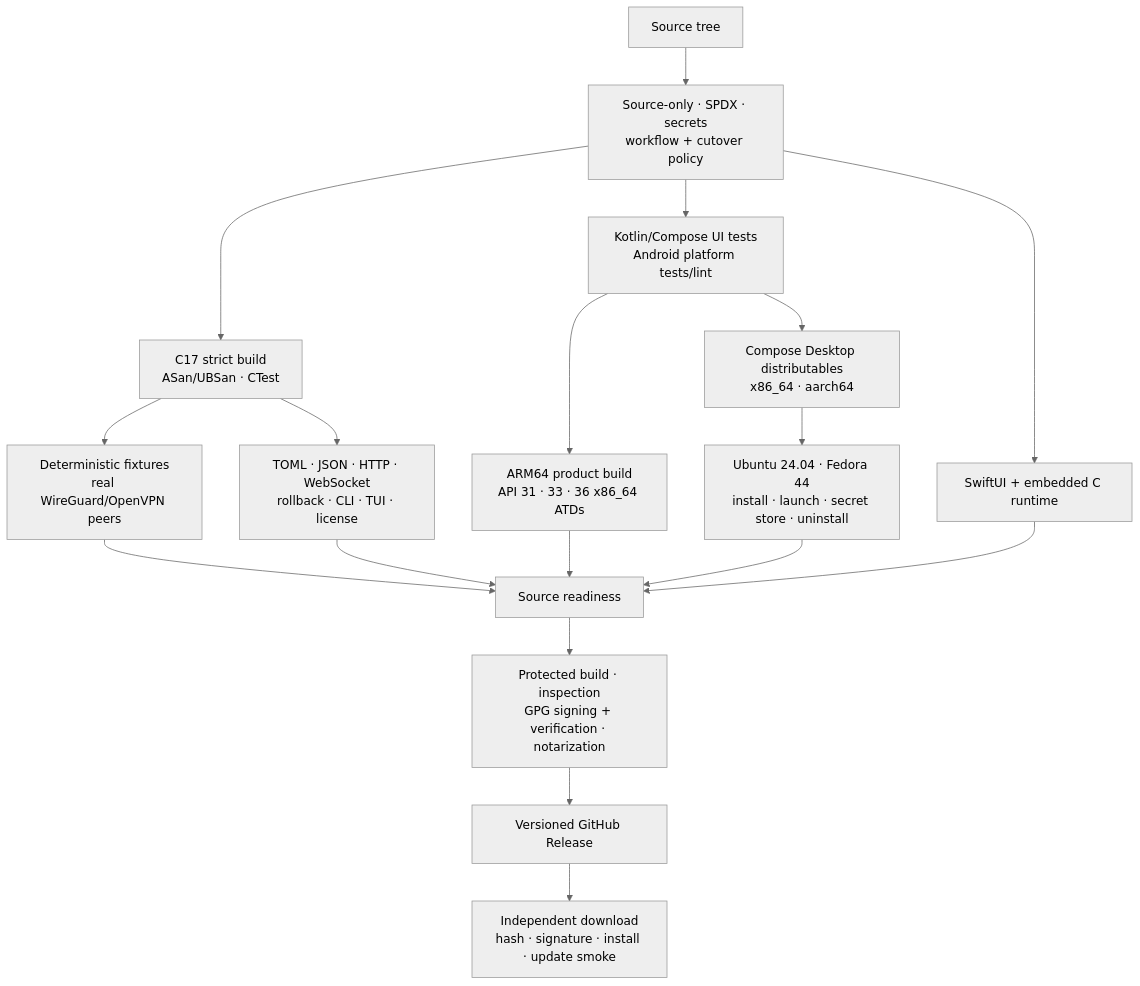
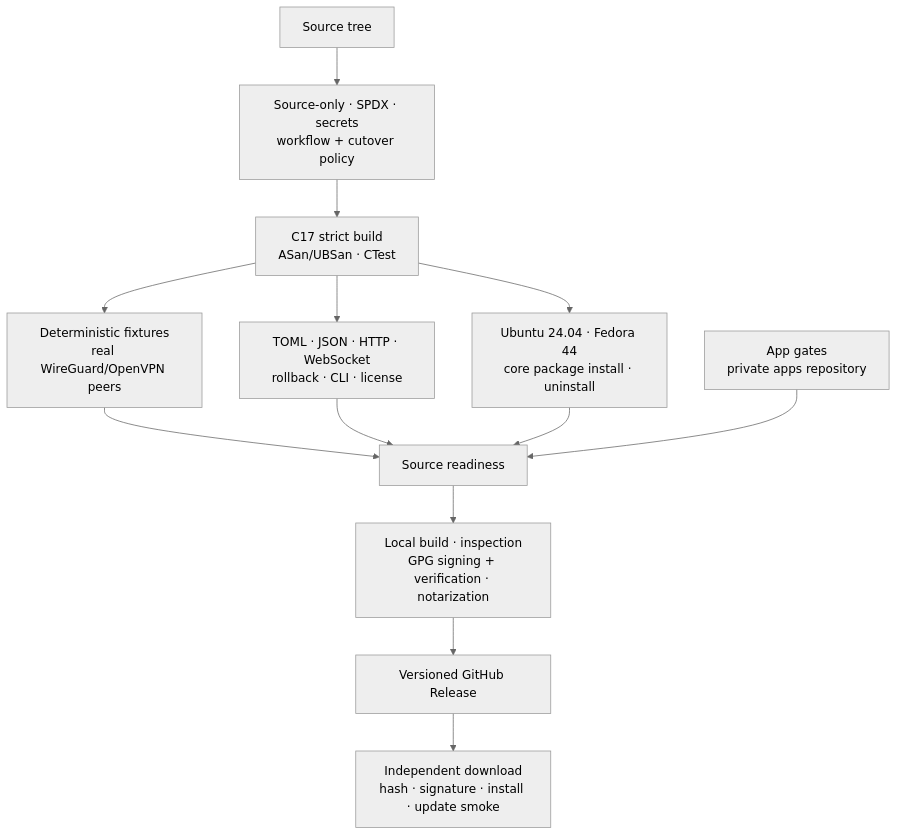
The diagram in docs/release-validation.md (JohnThre/clambhook), drawn with Mermaid (neutral theme) before and after one commit. The commit also changed other lines of this file and 278 other files, not shown here.

````diff
--- a/docs/release-validation.md
+++ b/docs/release-validation.md
@@ -13,20 +13,15 @@
 ```mermaid
 flowchart TD
     source["Source tree"] --> policy["Source-only · SPDX · secrets<br/>workflow + cutover policy"]
     policy --> native["C17 strict build<br/>ASan/UBSan · CTest"]
-    policy --> ui["Kotlin/Compose UI tests<br/>Android platform tests/lint"]
-    policy --> mac["SwiftUI + embedded C runtime"]
     native --> protocols["Deterministic fixtures<br/>real WireGuard/OpenVPN peers"]
-    native --> contracts["TOML · JSON · HTTP · WebSocket<br/>rollback · CLI · TUI · license"]
-    ui --> android["ARM64 product build<br/>API 31 · 33 · 36 x86_64 ATDs"]
-    ui --> linux["Compose Desktop distributables<br/>x86_64 · aarch64"]
-    linux --> distros["Ubuntu 24.04 · Fedora 44<br/>install · launch · secret store · uninstall"]
+    native --> contracts["TOML · JSON · HTTP · WebSocket<br/>rollback · CLI · license"]
+    native --> distros["Ubuntu 24.04 · Fedora 44<br/>core package install · uninstall"]
     protocols --> ready["Source readiness"]
     contracts --> ready
-    android --> ready
     distros --> ready
-    mac --> ready
-    ready --> protected["Protected build · inspection<br/>GPG signing + verification · notarization"]
-    protected --> published["Versioned GitHub Release"]
+    apps["App gates<br/>private apps repository"] --> ready
+    ready --> local["Local build · inspection<br/>GPG signing + verification · notarization"]
+    local --> published["Versioned GitHub Release"]
     published --> download["Independent download<br/>hash · signature · install · update smoke"]
 ```
````
